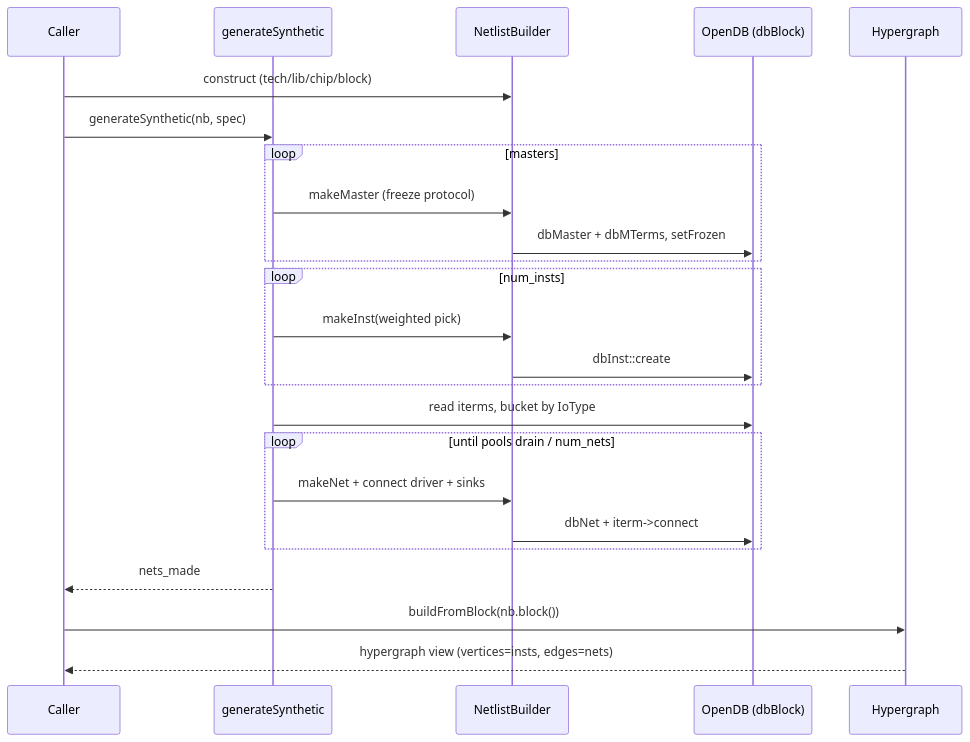
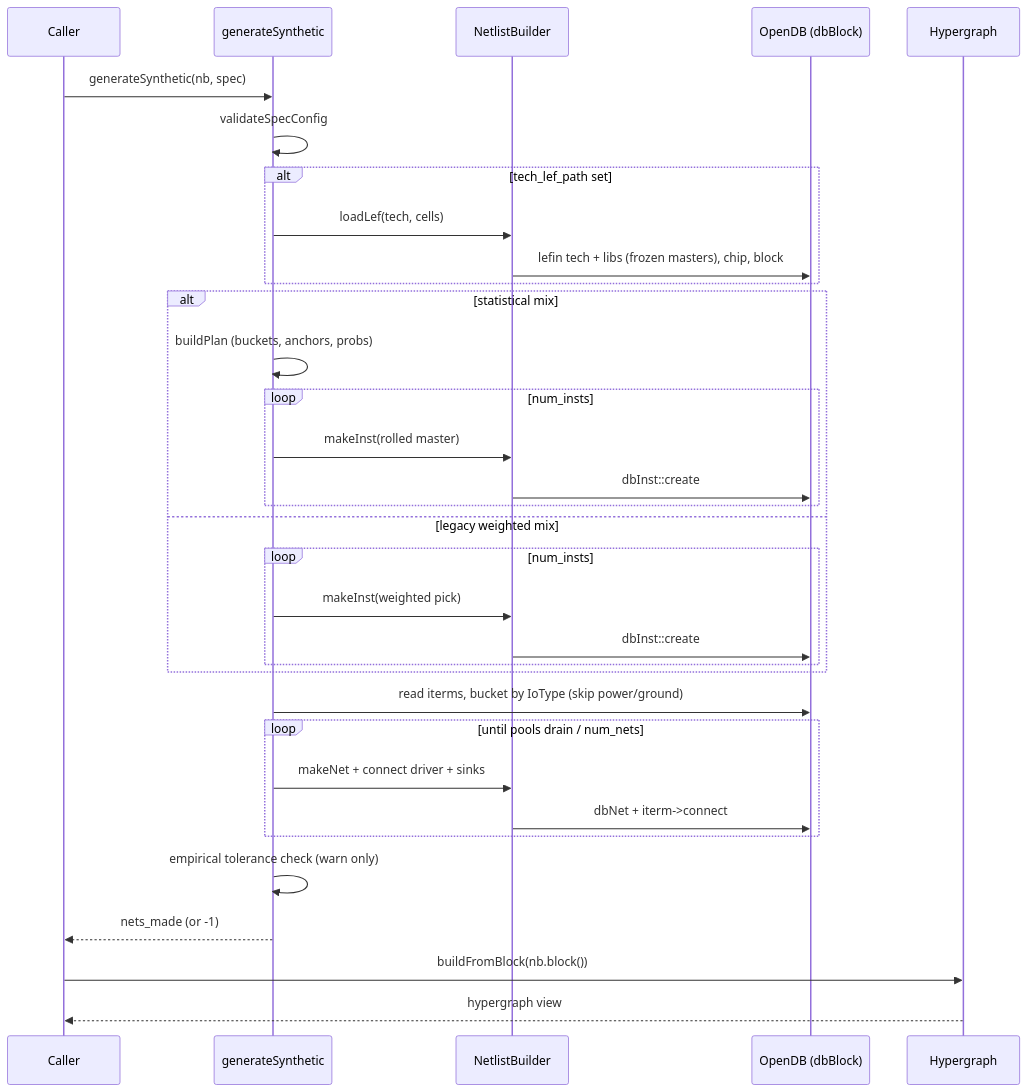
The seventh of 7 diagrams in src/engines/netlistgen/FLOW.md (rfive88/eda-lab), drawn with Mermaid before and after one commit. The commit also changed other lines of this file and 8 other files, not shown here.

````diff
--- a/src/engines/netlistgen/FLOW.md
+++ b/src/engines/netlistgen/FLOW.md
@@ -102,27 +180,36 @@
 ```mermaid
 sequenceDiagram
   participant Caller
   participant GS as generateSynthetic
   participant NB as NetlistBuilder
   participant ODB as OpenDB (dbBlock)
   participant HG as Hypergraph
 
-  Caller->>NB: construct (tech/lib/chip/block)
   Caller->>GS: generateSynthetic(nb, spec)
-  loop masters
-    GS->>NB: makeMaster (freeze protocol)
-    NB->>ODB: dbMaster + dbMTerms, setFrozen
+  GS->>GS: validateSpecConfig
+  alt tech_lef_path set
+    GS->>NB: loadLef(tech, cells)
+    NB->>ODB: lefin tech + libs (frozen masters), chip, block
   end
-  loop num_insts
-    GS->>NB: makeInst(weighted pick)
-    NB->>ODB: dbInst::create
+  alt statistical mix
+    GS->>GS: buildPlan (buckets, anchors, probs)
+    loop num_insts
+      GS->>NB: makeInst(rolled master)
+      NB->>ODB: dbInst::create
+    end
+  else legacy weighted mix
+    loop num_insts
+      GS->>NB: makeInst(weighted pick)
+      NB->>ODB: dbInst::create
+    end
   end
-  GS->>ODB: read iterms, bucket by IoType
+  GS->>ODB: read iterms, bucket by IoType (skip power/ground)
   loop until pools drain / num_nets
     GS->>NB: makeNet + connect driver + sinks
     NB->>ODB: dbNet + iterm->connect
   end
-  GS-->>Caller: nets_made
+  GS->>GS: empirical tolerance check (warn only)
+  GS-->>Caller: nets_made (or -1)
   Caller->>HG: buildFromBlock(nb.block())
-  HG-->>Caller: hypergraph view (vertices=insts, edges=nets)
+  HG-->>Caller: hypergraph view
 ```
````
